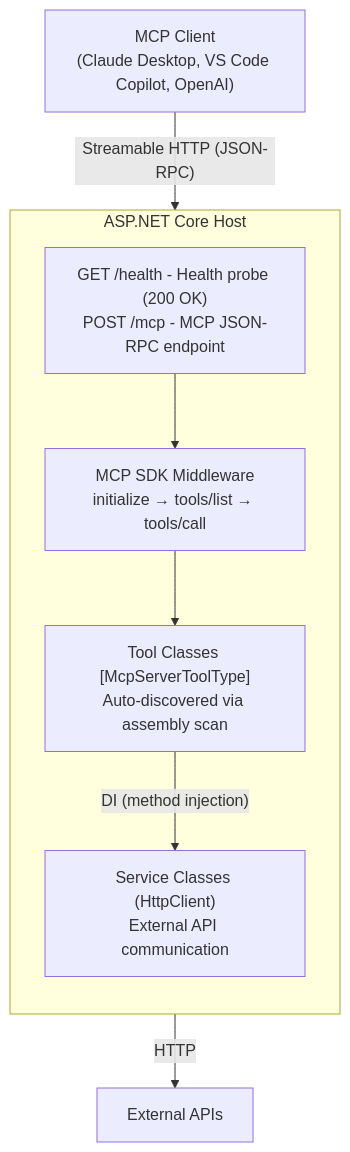
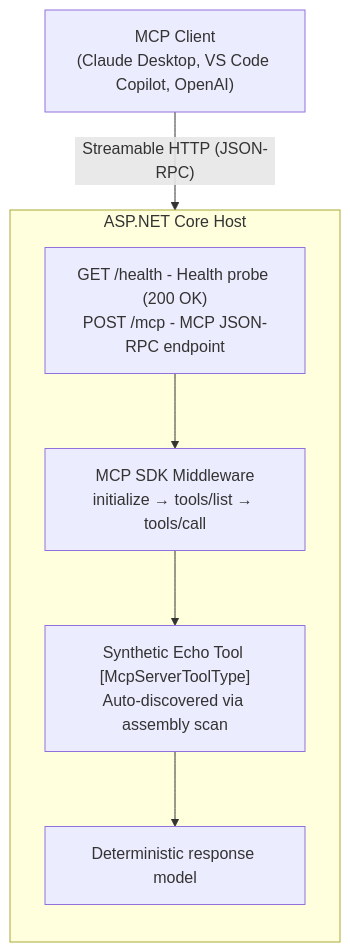
The diagram in README.md (ADASK-B/Mcp.Connector.Template), drawn with Mermaid before and after one commit. The commit also changed other lines of this file and 15 other files, not shown here.

````diff
--- a/README.md
+++ b/README.md
@@ -110,19 +129,17 @@
 ```mermaid
 graph TD
     Client["MCP Client<br/>(Claude Desktop, VS Code Copilot, OpenAI)"]
     Client -->|"Streamable HTTP (JSON-RPC)"| Host
 
     subgraph Host["ASP.NET Core Host"]
         direction TB
         Endpoints["GET /health - Health probe (200 OK)<br/>POST /mcp - MCP JSON-RPC endpoint"]
         SDK["MCP SDK Middleware<br/>initialize → tools/list → tools/call"]
-        Tools["Tool Classes [McpServerToolType]<br/>Auto-discovered via assembly scan"]
-        Services["Service Classes (HttpClient)<br/>External API communication"]
+        Tools["Synthetic Echo Tool [McpServerToolType]<br/>Auto-discovered via assembly scan"]
+        Model["Deterministic response model"]
 
         Endpoints --> SDK
         SDK --> Tools
-        Tools -->|"DI (method injection)"| Services
+        Tools --> Model
     end
-
-    Services -->|"HTTP"| API["External APIs"]
 ```
````
